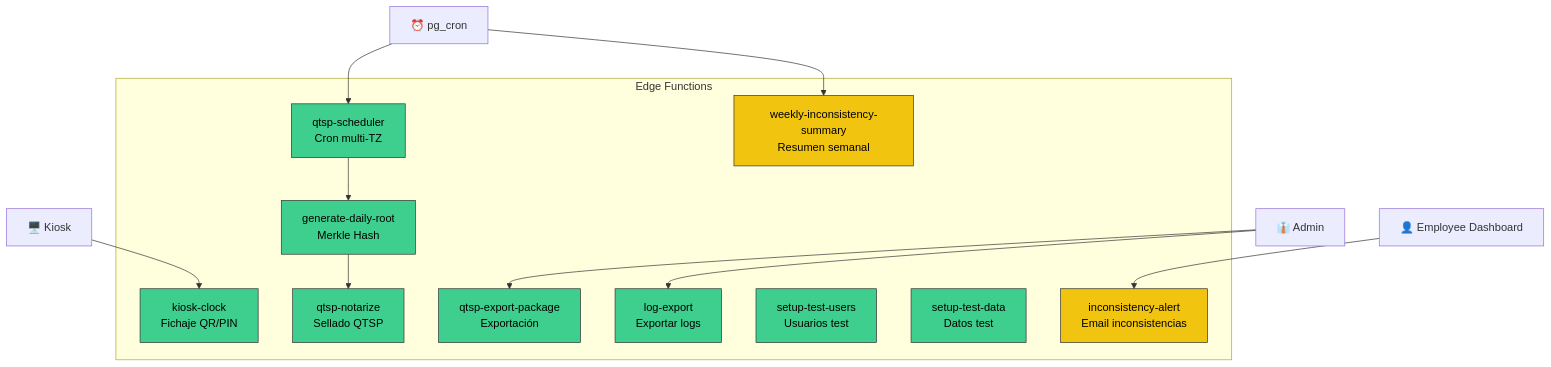
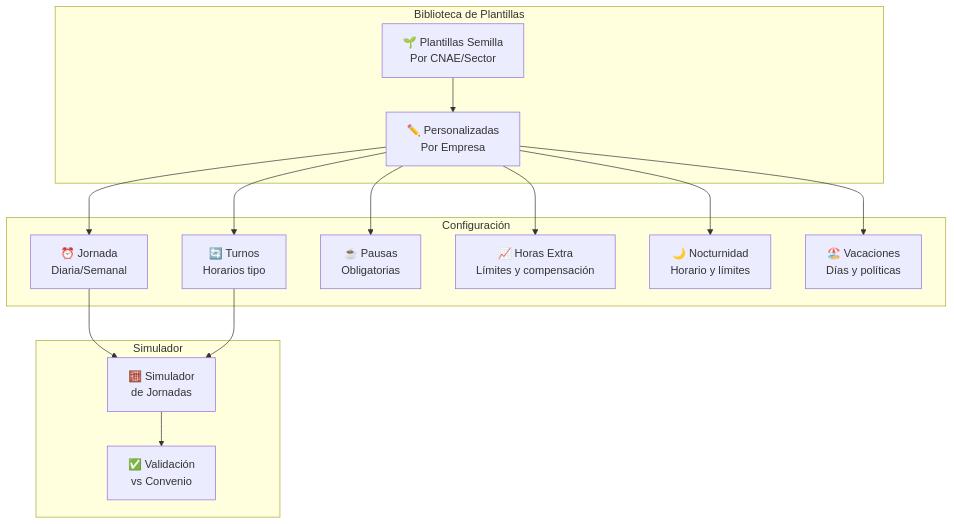
Before and after one commit to moimene/time-control-hub: diagram 14 of 23 in README.md, drawn with Mermaid. The commit also changed other lines of this file, not shown here.

````diff
--- a/README.md
+++ b/README.md
@@ -848,29 +761,33 @@
 ```mermaid
 graph TB
-    subgraph "Edge Functions"
-        KC[kiosk-clock<br/>Fichaje QR/PIN]
-        GDR[generate-daily-root<br/>Merkle Hash]
-        QN[qtsp-notarize<br/>Sellado QTSP]
-        QS[qtsp-scheduler<br/>Cron multi-TZ]
-        QEP[qtsp-export-package<br/>Exportación]
-        LE[log-export<br/>Exportar logs]
-        STU[setup-test-users<br/>Usuarios test]
-        STD[setup-test-data<br/>Datos test]
-        IA[inconsistency-alert<br/>Email inconsistencias]
-        WIS[weekly-inconsistency-summary<br/>Resumen semanal]
+    subgraph "Biblioteca de Plantillas"
+        SEED[🌱 Plantillas Semilla<br/>Por CNAE/Sector]
+        CUSTOM[✏️ Personalizadas<br/>Por Empresa]
     end
 
-    KIOSK[🖥️ Kiosk] --> KC
-    CRON[⏰ pg_cron] --> QS
-    CRON --> WIS
-    QS --> GDR
-    GDR --> QN
-    ADMIN[👔 Admin] --> QEP
-    ADMIN --> LE
-    DASHBOARD[👤 Employee Dashboard] --> IA
+    subgraph "Configuración"
+        HOURS[⏰ Jornada<br/>Diaria/Semanal]
+        SHIFTS[🔄 Turnos<br/>Horarios tipo]
+        BREAKS[☕ Pausas<br/>Obligatorias]
+        OVERTIME[📈 Horas Extra<br/>Límites y compensación]
+        NIGHT[🌙 Nocturnidad<br/>Horario y límites]
+        VACATION[🏖️ Vacaciones<br/>Días y políticas]
+    end
 
-    classDef func fill:#3ecf8e,stroke:#333,color:#000
-    classDef notify fill:#f1c40f,stroke:#333,color:#000
-    class KC,GDR,QN,QS,QEP,LE,STU,STD func
-    class IA,WIS notify
+    subgraph "Simulador"
+        SIM[🧮 Simulador<br/>de Jornadas]
+        VALID[✅ Validación<br/>vs Convenio]
+    end
+
+    SEED --> CUSTOM
+    CUSTOM --> HOURS
+    CUSTOM --> SHIFTS
+    CUSTOM --> BREAKS
+    CUSTOM --> OVERTIME
+    CUSTOM --> NIGHT
+    CUSTOM --> VACATION
+    
+    HOURS --> SIM
+    SHIFTS --> SIM
+    SIM --> VALID
 ```
````
